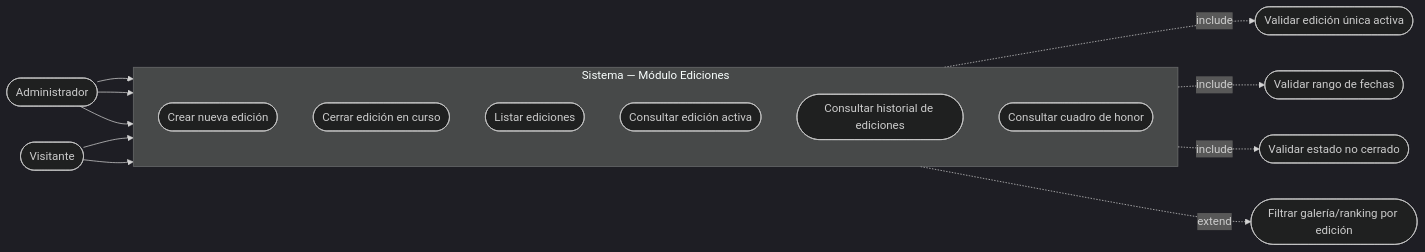
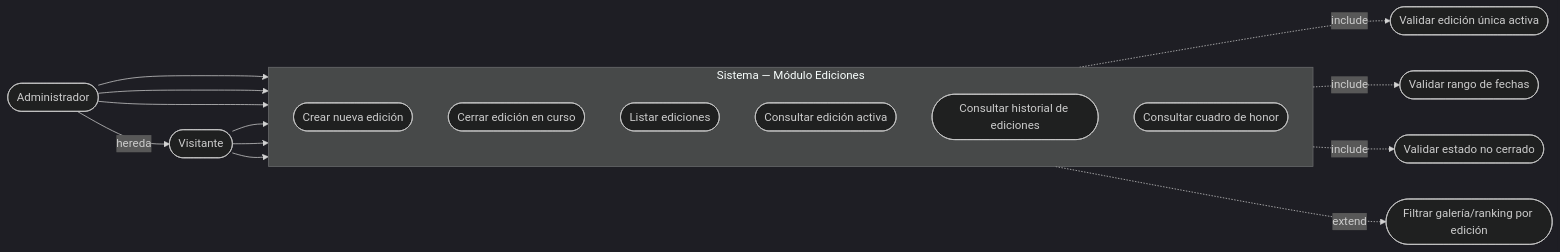
One commit to adlerOmonte1/RepositorioMD changed the diagram in casoUso.md. Above: the diagram before and after it, drawn with Mermaid (dark theme). The commit also changed other lines of this file, not shown here.

````diff
--- a/casoUso.md
+++ b/casoUso.md
@@ -3,31 +3,34 @@
 ```mermaid
 flowchart LR
     Admin(["Administrador"])
     Visitante(["Visitante"])
+
+    Admin -->|hereda| Visitante
 
     subgraph Sistema["Sistema — Módulo Ediciones"]
         direction TB
         UC1(["Crear nueva edición"])
         UC2(["Cerrar edición en curso"])
         UC3(["Listar ediciones"])
         UC4(["Consultar edición activa"])
         UC5(["Consultar historial de ediciones"])
         UC6(["Consultar cuadro de honor"])
     end
 
     Admin --> UC1
     Admin --> UC2
     Admin --> UC3
+    Visitante --> UC4
     Visitante --> UC5
     Visitante --> UC6
 
     UC7(["Validar edición única activa"])
     UC8(["Validar rango de fechas"])
     UC9(["Validar estado no cerrado"])
     UC10(["Filtrar galería/ranking por edición"])
 
     UC1 -.->|include| UC7
     UC1 -.->|include| UC8
     UC2 -.->|include| UC9
     UC5 -.->|extend| UC10
 ```
````
